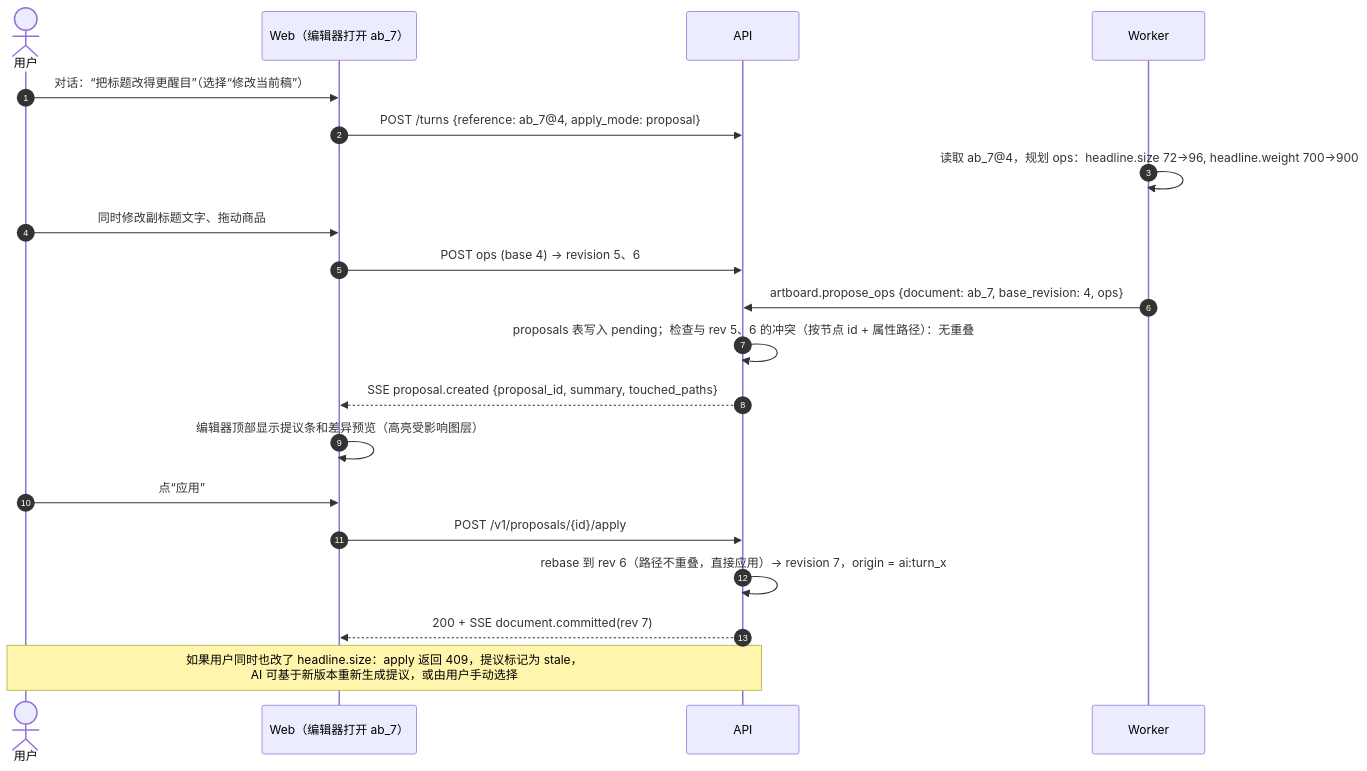
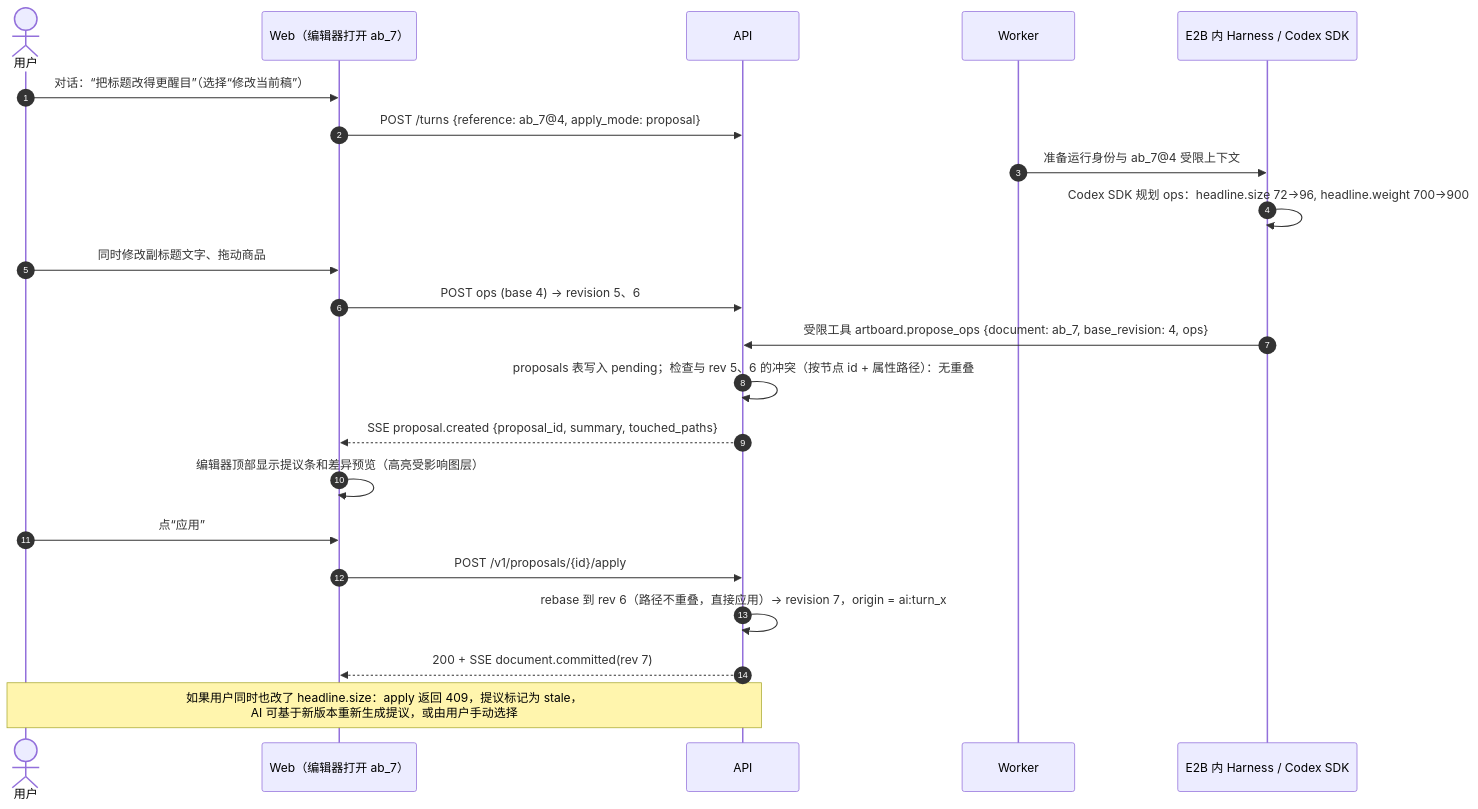
One commit to abystra/design-x changed the eighth of 8 diagrams in docs/architecture/03-user-journeys.md. Above: the diagram before and after it, drawn with Mermaid. The commit also changed other lines of this file and 39 other files, not shown here.

Commit message:
feat: add persistent workspace API and adopt Codex E2B architecture

````diff
--- a/docs/architecture/03-user-journeys.md
+++ b/docs/architecture/03-user-journeys.md
@@ -323,22 +337,24 @@
 ```mermaid
 sequenceDiagram
   autonumber
   actor U as 用户
   participant W as Web（编辑器打开 ab_7）
   participant A as API
   participant WK as Worker
+  participant H as E2B 内 Harness / Codex SDK
   U->>W: 对话：“把标题改得更醒目”（选择“修改当前稿”）
   W->>A: POST /turns {reference: ab_7@4, apply_mode: proposal}
-  WK->>WK: 读取 ab_7@4，规划 ops：headline.size 72→96, headline.weight 700→900
+  WK->>H: 准备运行身份与 ab_7@4 受限上下文
+  H->>H: Codex SDK 规划 ops：headline.size 72→96, headline.weight 700→900
   U->>W: 同时修改副标题文字、拖动商品
   W->>A: POST ops (base 4) → revision 5、6
-  WK->>A: artboard.propose_ops {document: ab_7, base_revision: 4, ops}
+  H->>A: 受限工具 artboard.propose_ops {document: ab_7, base_revision: 4, ops}
   A->>A: proposals 表写入 pending；检查与 rev 5、6 的冲突（按节点 id + 属性路径）：无重叠
   A-->>W: SSE proposal.created {proposal_id, summary, touched_paths}
   W->>W: 编辑器顶部显示提议条和差异预览（高亮受影响图层）
   U->>W: 点“应用”
   W->>A: POST /v1/proposals/{id}/apply
   A->>A: rebase 到 rev 6（路径不重叠，直接应用）→ revision 7，origin = ai:turn_x
   A-->>W: 200 + SSE document.committed(rev 7)
   Note over U,A: 如果用户同时也改了 headline.size：apply 返回 409，提议标记为 stale，<br/>AI 可基于新版本重新生成提议，或由用户手动选择
 ```
````
